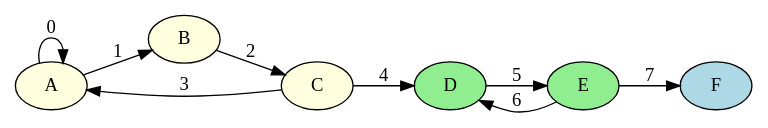
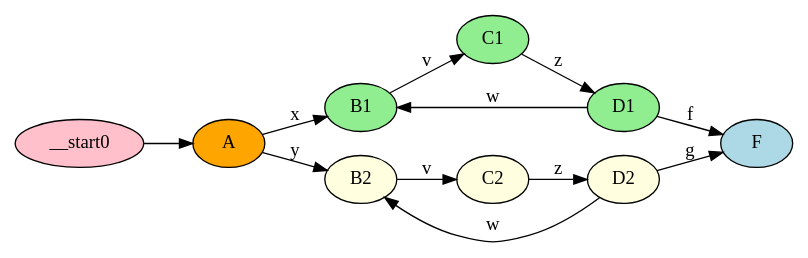
One commit to katsmil/dfa-to-fdfa changed the diagram in Output/example_colored.dot. Above: the diagram before and after it, drawn with Graphviz. The commit also changed 6 other files, not shown here.

```diff
--- a/Output/example_colored.dot
+++ b/Output/example_colored.dot
@@ -1,17 +1,23 @@
 digraph G {
 rankdir=LR;
-A [style=filled, fillcolor=lightyellow, label=A];
-B [style=filled, fillcolor=lightyellow, label=B];
-C [style=filled, fillcolor=lightyellow, label=C];
-D [style=filled, fillcolor=lightgreen, label=D];
-E [style=filled, fillcolor=lightgreen, label=E];
+__start0 [style=filled, fillcolor=pink, label="__start0"];
+A [style=filled, fillcolor=orange, label=A];
 F [style=filled, fillcolor=lightblue, label=F];
-A -> A [label="0"];
-A -> B [label="1"];
-B -> C [label="2"];
-C -> A [label="3"];
-C -> D [label="4"];
-D -> E [label="5"];
-E -> D [label="6"];
-E -> F [label="7"];
+B1 [style=filled, fillcolor=lightgreen, label=B1];
+C1 [style=filled, fillcolor=lightgreen, label=C1];
+D1 [style=filled, fillcolor=lightgreen, label=D1];
+B2 [style=filled, fillcolor=lightyellow, label=B2];
+C2 [style=filled, fillcolor=lightyellow, label=C2];
+D2 [style=filled, fillcolor=lightyellow, label=D2];
+__start0 -> A;
+A -> B1 [label="x"];
+A -> B2 [label="y"];
+B1 -> C1 [label="v"];
+C1 -> D1 [label="z"];
+D1 -> B1 [label="w"];
+D1 -> F [label="f"];
+B2 -> C2 [label="v"];
+C2 -> D2 [label="z"];
+D2 -> B2 [label="w"];
+D2 -> F [label="g"];
 }
```
